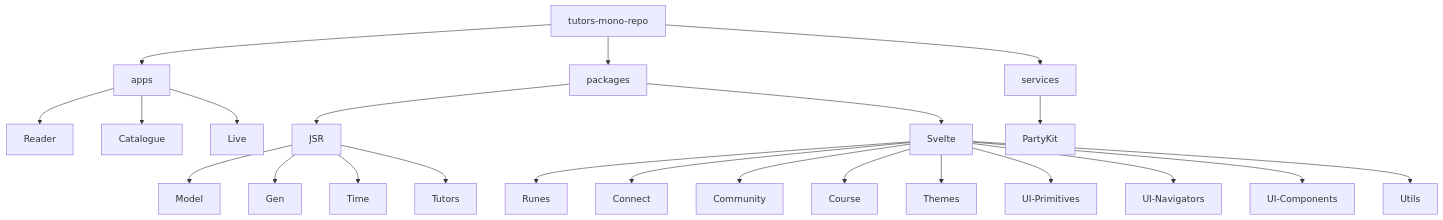
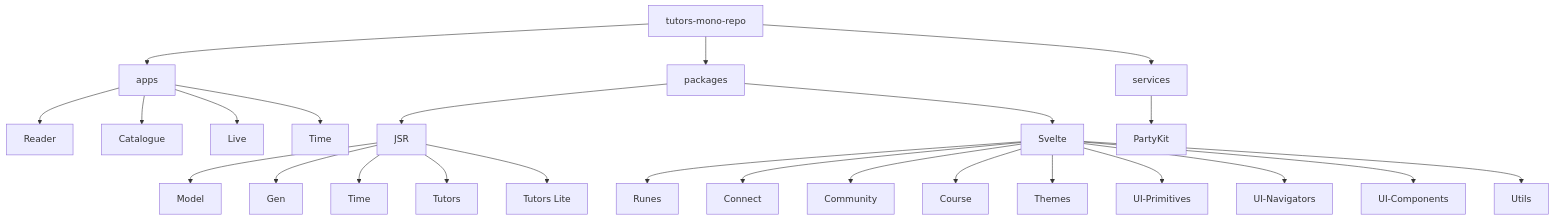
The first of 14 diagrams in unit-4-dev/note-architecture/note-architecture.md (tutors-sdk/tutors-reference-manual), drawn with Mermaid before and after one commit. The commit also changed other lines of this file and 10 other files, not shown here.

````diff
--- a/unit-4-dev/note-architecture/note-architecture.md
+++ b/unit-4-dev/note-architecture/note-architecture.md
@@ -48,32 +48,34 @@
 ```mermaid
 graph TD
   root["tutors-mono-repo"]
 
   root --> apps
   root --> packages
   root --> services
 
   apps --> reader["Reader"]
   apps --> catalogue["Catalogue"]
   apps --> live["Live"]
+  apps --> time_app["Time"]
 
   packages --> jsr["JSR"]
   packages --> svelte["Svelte"]
 
   jsr --> model["Model"]
   jsr --> gen["Gen"]
   jsr --> time["Time"]
   jsr --> tutors_cli["Tutors"]
+  jsr --> tutors_lite["Tutors Lite"]
 
   svelte --> runes["Runes"]
   svelte --> connect["Connect"]
   svelte --> community["Community"]
   svelte --> course["Course"]
   svelte --> themes["Themes"]
   svelte --> ui_prim["UI-Primitives"]
   svelte --> ui_nav["UI-Navigators"]
   svelte --> ui_comp["UI-Components"]
   svelte --> utils["Utils"]
 
   services --> partykit["PartyKit"]
 ```
````
